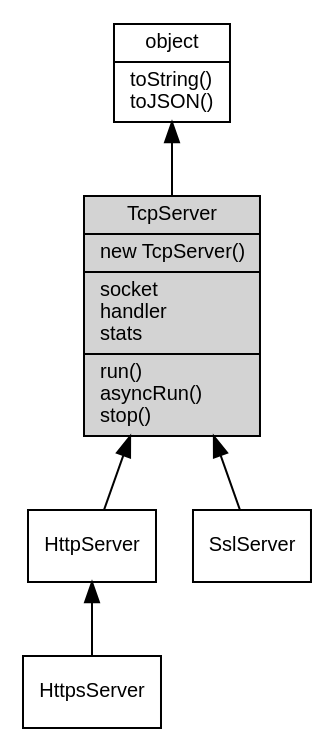
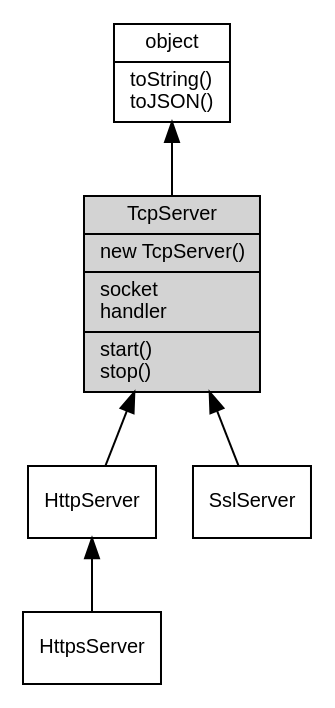
One commit to fibjs/fibjs.org changed the diagram in docs/manual/object/ifs/TcpServer.md. Above: the diagram before and after it, drawn with Graphviz. The commit also changed other lines of this file and 229 other files, not shown here.

````diff
--- a/docs/manual/object/ifs/TcpServer.md
+++ b/docs/manual/object/ifs/TcpServer.md
@@ -20,16 +20,16 @@
 ```dot
 digraph {
     node [fontname="Helvetica,sans-Serif", fontsize=10, shape="record", style="filled", fillcolor="white"];
 
     object [tooltip="object", URL="object.md", label="{object|toString()\ltoJSON()\l}"];
-    TcpServer [tooltip="TcpServer", fillcolor="lightgray", id="me", label="{TcpServer|new TcpServer()\l|socket\lhandler\lstats\l|run()\lasyncRun()\lstop()\l}"];
+    TcpServer [tooltip="TcpServer", fillcolor="lightgray", id="me", label="{TcpServer|new TcpServer()\l|socket\lhandler\l|start()\lstop()\l}"];
     HttpServer [tooltip="HttpServer", URL="HttpServer.md", label="{HttpServer}"];
     HttpsServer [tooltip="HttpsServer", URL="HttpsServer.md", label="{HttpsServer}"];
     SslServer [tooltip="SslServer", URL="SslServer.md", label="{SslServer}"];
 
     object -> TcpServer [dir=back];
     TcpServer -> HttpServer [dir=back];
     HttpServer -> HttpsServer [dir=back];
     TcpServer -> SslServer [dir=back];
 }
 ```
````
